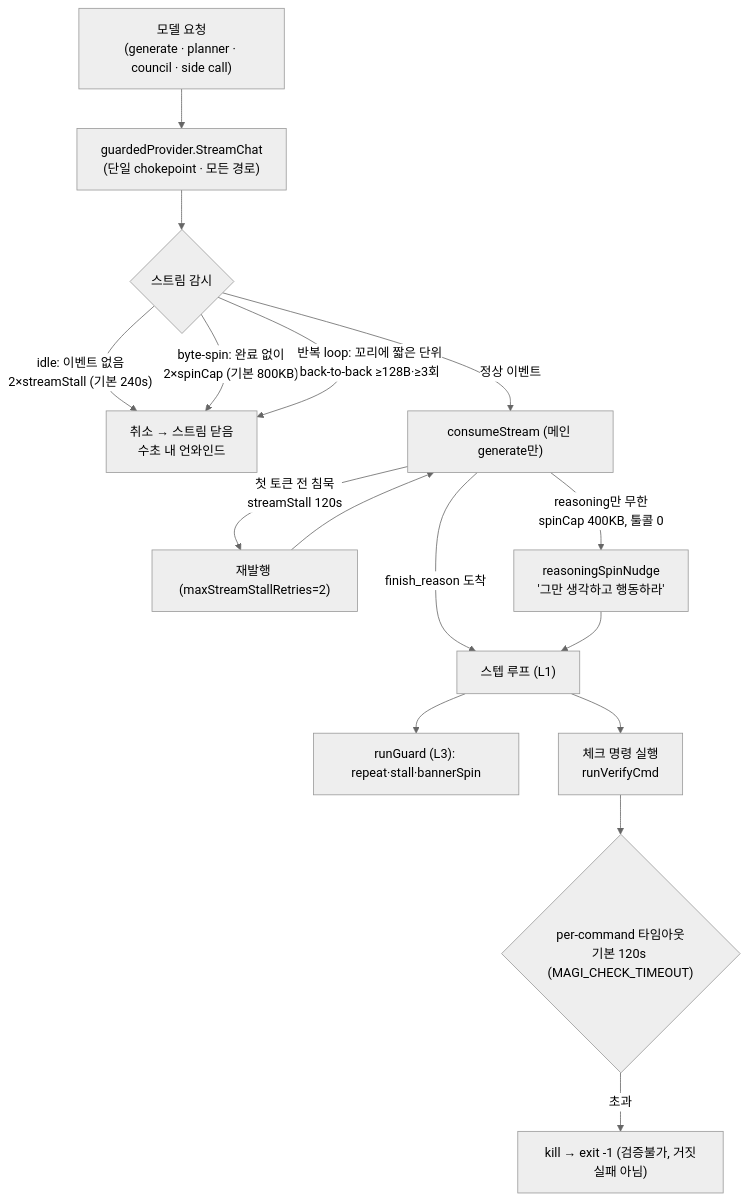
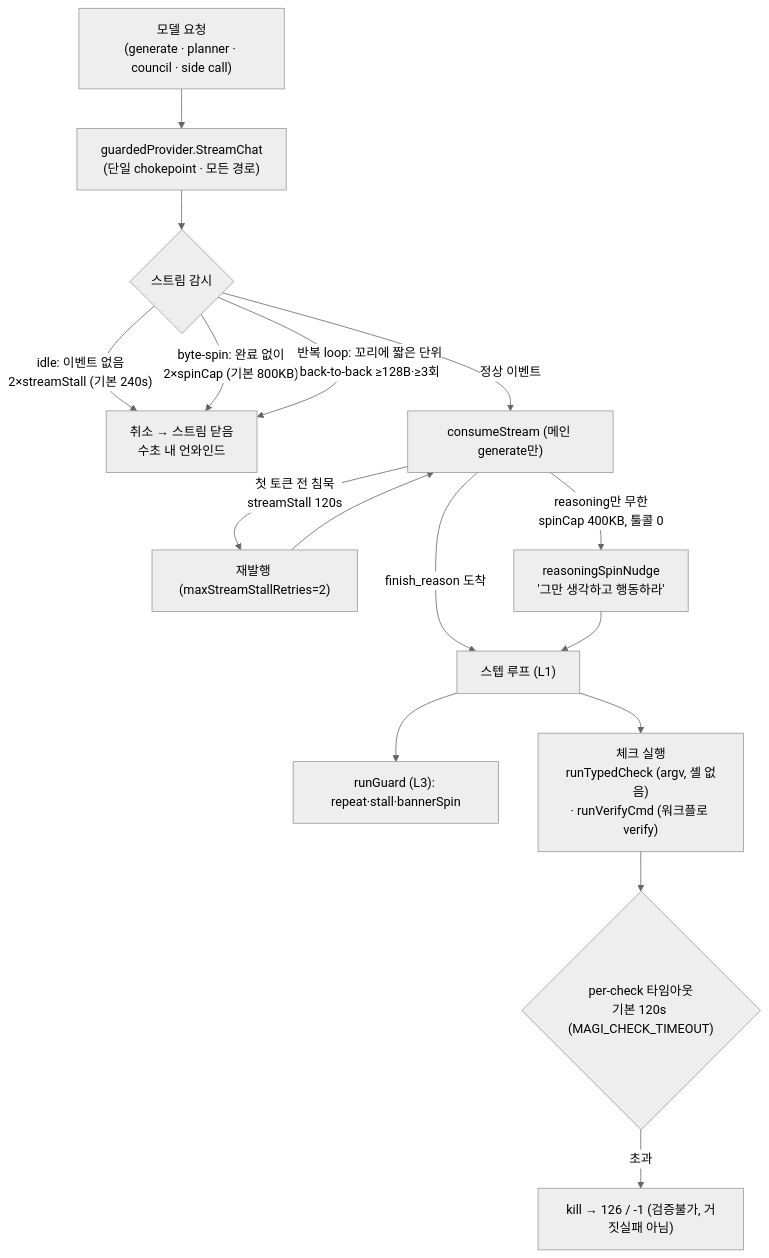
Before and after one commit to sayaya1090/magi: the fourth of 4 diagrams in docs/DIAGRAMS.md, drawn with Mermaid. The commit also changed other lines of this file and 4 other files, not shown here.

````diff
--- a/docs/DIAGRAMS.md
+++ b/docs/DIAGRAMS.md
@@ -140,19 +140,19 @@
 ```mermaid
 %%{init: {'theme':'neutral','flowchart':{'curve':'basis'}}}%%
 flowchart TD
   REQ["모델 요청<br/>(generate · planner · council · side call)"] --> GP["guardedProvider.StreamChat<br/>(단일 chokepoint · 모든 경로)"]
   GP --> W{"스트림 감시"}
   W -- "idle: 이벤트 없음<br/>2×streamStall (기본 240s)" --> AB["취소 → 스트림 닫음<br/>수초 내 언와인드"]
   W -- "byte-spin: 완료 없이<br/>2×spinCap (기본 800KB)" --> AB
   W -- "반복 loop: 꼬리에 짧은 단위<br/>back-to-back ≥128B·≥3회" --> AB
   W -- "정상 이벤트" --> CS["consumeStream (메인 generate만)"]
   CS -- "첫 토큰 전 침묵<br/>streamStall 120s" --> RT["재발행 (maxStreamStallRetries=2)"]
   CS -- "reasoning만 무한<br/>spinCap 400KB, 툴콜 0" --> SN["reasoningSpinNudge<br/>'그만 생각하고 행동하라'"]
   CS -- "finish_reason 도착" --> STEP["스텝 루프 (L1)"]
   RT --> CS
   SN --> STEP
   STEP --> TG["runGuard (L3): repeat·stall·bannerSpin"]
-  STEP --> CK["체크 명령 실행<br/>runVerifyCmd"]
-  CK --> CTO{"per-command 타임아웃<br/>기본 120s (MAGI_CHECK_TIMEOUT)"}
-  CTO -- "초과" --> KILL["kill → exit -1 (검증불가, 거짓실패 아님)"]
+  STEP --> CK["체크 실행<br/>runTypedCheck (argv, 셸 없음)<br/>· runVerifyCmd (워크플로 verify)"]
+  CK --> CTO{"per-check 타임아웃<br/>기본 120s (MAGI_CHECK_TIMEOUT)"}
+  CTO -- "초과" --> KILL["kill → 126 / -1 (검증불가, 거짓실패 아님)"]
 ```
````
